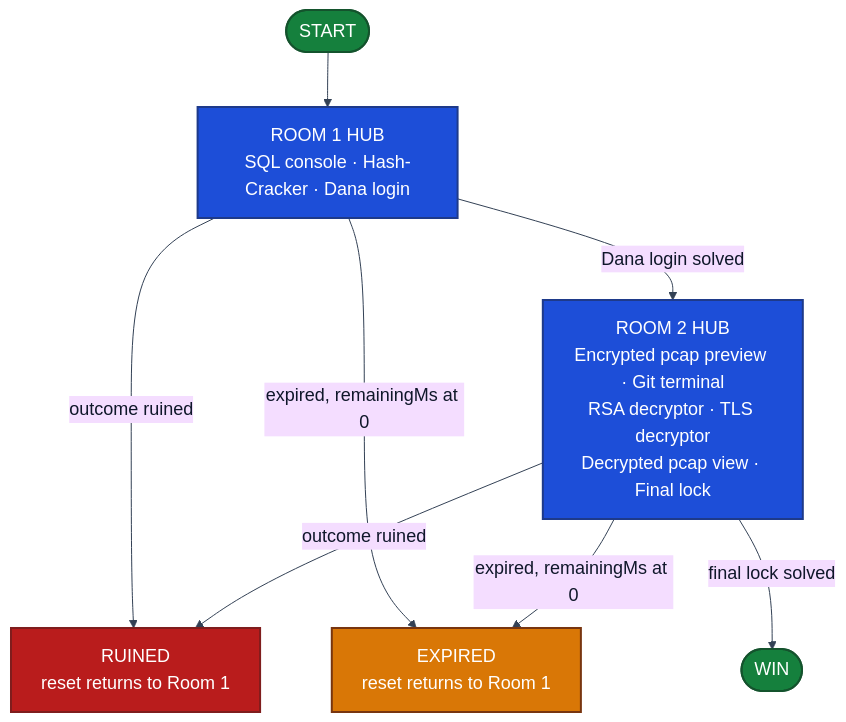
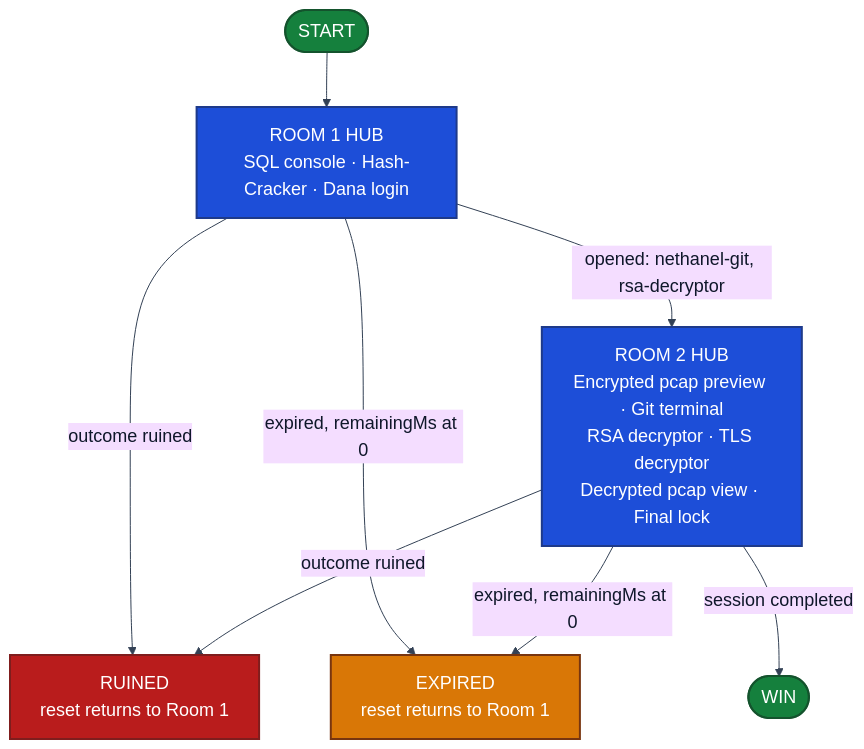
Before and after one commit to edenbuky/escapeRoom: the second of 9 diagrams in DESIGN.md, drawn with Mermaid. The commit also changed other lines of this file, not shown here.

````diff
--- a/DESIGN.md
+++ b/DESIGN.md
@@ -150,28 +231,25 @@
 ```mermaid
 %%{init: {"theme": "base", "themeVariables": {"fontSize": "18px", "fontFamily": "Arial, Helvetica, sans-serif", "lineColor": "#334155", "primaryTextColor": "#0f172a"}, "flowchart": {"nodeSpacing": 35, "rankSpacing": 55, "curve": "basis"}}}%%
 flowchart TB
   START(["START"])
   R1["ROOM 1 HUB<br/>SQL console · Hash-Cracker · Dana login"]
   R2["ROOM 2 HUB<br/>Encrypted pcap preview · Git terminal<br/>RSA decryptor · TLS decryptor<br/>Decrypted pcap view · Final lock"]
   RUINED["RUINED<br/>reset returns to Room 1"]
   EXPIRED["EXPIRED<br/>reset returns to Room 1"]
   WIN(["WIN"])
   START --> R1
-  R1 -- "Dana login solved" --> R2
+  R1 -- "opened: nethanel-git, rsa-decryptor" --> R2
   R1 -- "outcome ruined" --> RUINED
   R1 -- "expired, remainingMs at 0" --> EXPIRED
   R2 -- "outcome ruined" --> RUINED
   R2 -- "expired, remainingMs at 0" --> EXPIRED
-  R2 -- "final lock solved" --> WIN
+  R2 -- "session completed" --> WIN
   classDef ui fill:#1d4ed8,stroke:#1e3a8a,color:#ffffff,stroke-width:2px
-  classDef core fill:#334155,stroke:#0f172a,color:#ffffff,stroke-width:2px
   classDef store fill:#15803d,stroke:#14532d,color:#ffffff,stroke-width:2px
   classDef bad fill:#b91c1c,stroke:#7f1d1d,color:#ffffff,stroke-width:2px
   classDef warn fill:#d97706,stroke:#78350f,color:#ffffff,stroke-width:2px
-  classDef bus fill:#7c3aed,stroke:#4c1d95,color:#ffffff,stroke-width:2px
-  classDef light fill:#f1f5f9,stroke:#334155,color:#0f172a,stroke-width:2px
   class R1,R2 ui
   class START,WIN store
   class RUINED bad
   class EXPIRED warn
 ```
````
